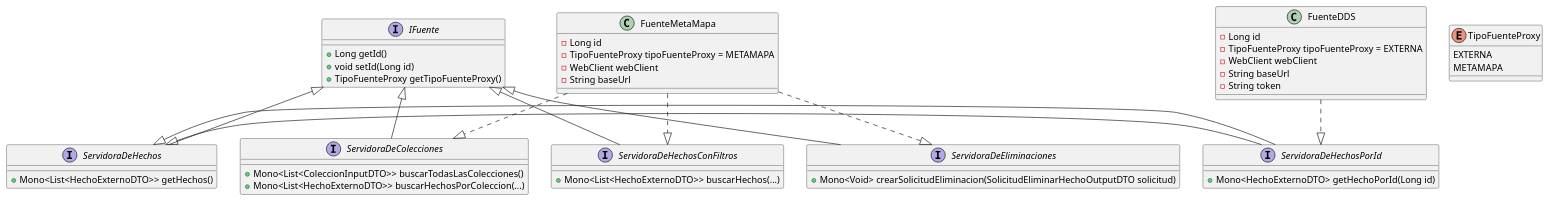
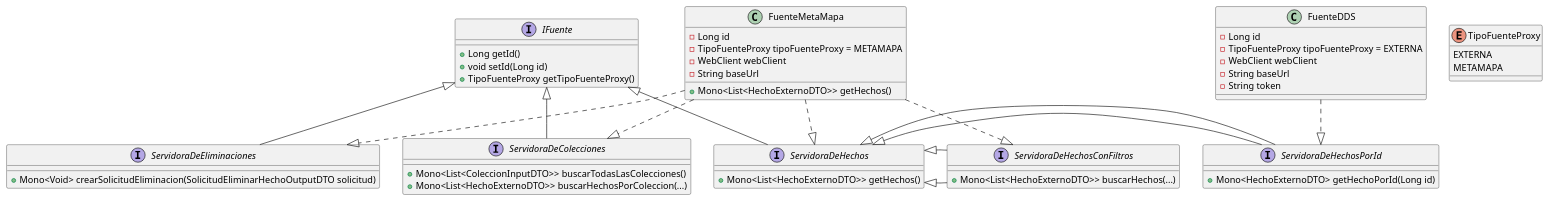
One commit to nicoScatolon/ddsi-tp-2025 changed the diagram in fuenteProxy/src/diagramas/fuenteProxy-class.puml. Above: the diagram before and after it, drawn with PlantUML. The commit also changed 25 other files, not shown here.

```diff
--- a/fuenteProxy/src/diagramas/fuenteProxy-class.puml
+++ b/fuenteProxy/src/diagramas/fuenteProxy-class.puml
@@ -1,65 +1,67 @@
 @startuml
-
 
 enum TipoFuenteProxy {
   EXTERNA
   METAMAPA
 }
 
 ' Interfaz principal
 interface IFuente {
   +Long getId()
   +void setId(Long id)
   +TipoFuenteProxy getTipoFuenteProxy()
 }
 
-' Interfaces de capacidad (todas extienden IFuente)
+' Interfaces de capacidad
 interface ServidoraDeHechos extends IFuente {
   +Mono<List<HechoExternoDTO>> getHechos()
 }
 
 interface ServidoraDeHechosPorId extends ServidoraDeHechos {
   +Mono<HechoExternoDTO> getHechoPorId(Long id)
 }
 
-interface ServidoraDeHechosConFiltros extends IFuente {
+interface ServidoraDeHechosConFiltros extends ServidoraDeHechos {
   +Mono<List<HechoExternoDTO>> buscarHechos(...)
 }
 
 interface ServidoraDeEliminaciones extends IFuente {
   +Mono<Void> crearSolicitudEliminacion(SolicitudEliminarHechoOutputDTO solicitud)
 }
 
 interface ServidoraDeColecciones extends IFuente {
   +Mono<List<ColeccionInputDTO>> buscarTodasLasColecciones()
   +Mono<List<HechoExternoDTO>> buscarHechosPorColeccion(...)
 }
 
 ' FuenteMetaMapa
 class FuenteMetaMapa {
   -Long id
   -TipoFuenteProxy tipoFuenteProxy = METAMAPA
   -WebClient webClient
   -String baseUrl
+  +Mono<List<HechoExternoDTO>> getHechos()
 }
 
 ' FuenteDDS
 class FuenteDDS {
   -Long id
   -TipoFuenteProxy tipoFuenteProxy = EXTERNA
   -WebClient webClient
   -String baseUrl
   -String token
 }
 
 ' Relaciones
 FuenteMetaMapa ..|> ServidoraDeHechosConFiltros
 FuenteMetaMapa ..|> ServidoraDeColecciones
 FuenteMetaMapa ..|> ServidoraDeEliminaciones
+FuenteMetaMapa ..|> ServidoraDeHechos
 
 FuenteDDS ..|> ServidoraDeHechosPorId
 
-' Para mostrar herencia entre interfaces
+' Herencia de interfaces
 ServidoraDeHechosPorId -|> ServidoraDeHechos
+ServidoraDeHechosConFiltros -|> ServidoraDeHechos
 
 @enduml
```
